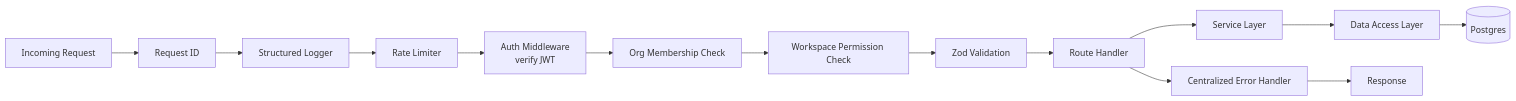
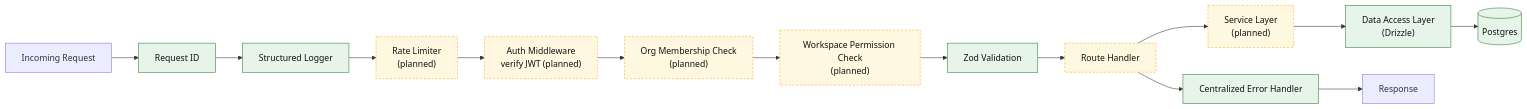
The sixth of 8 diagrams in docs/architecture/Atlas — Architecture Diagrams (MVP Scope).md (kkbaidu/AI-Powered-Knowledge-OS), drawn with Mermaid before and after one commit. The commit also changed other lines of this file, not shown here.

First line of the commit message:
docs: update ER and middleware diagrams to match the code

````diff
--- a/docs/architecture/Atlas — Architecture Diagrams (MVP Scope).md
+++ b/docs/architecture/Atlas — Architecture Diagrams (MVP Scope).md
@@ -197,16 +280,21 @@
 ```mermaid
 flowchart LR
     Req[Incoming Request] --> ReqId[Request ID]
     ReqId --> Log[Structured Logger]
-    Log --> RateLimit[Rate Limiter]
-    RateLimit --> AuthMW[Auth Middleware<br/>verify JWT]
-    AuthMW --> OrgMW[Org Membership Check]
-    OrgMW --> WsMW[Workspace Permission Check]
+    Log --> RateLimit["Rate Limiter<br/>(planned)"]
+    RateLimit --> AuthMW["Auth Middleware<br/>verify JWT (planned)"]
+    AuthMW --> OrgMW["Org Membership Check<br/>(planned)"]
+    OrgMW --> WsMW["Workspace Permission Check<br/>(planned)"]
     WsMW --> Validate[Zod Validation]
     Validate --> Controller[Route Handler]
-    Controller --> Service[Service Layer]
-    Service --> Repo[Data Access Layer]
+    Controller --> Service["Service Layer<br/>(planned)"]
+    Service --> Repo["Data Access Layer<br/>(Drizzle)"]
     Repo --> DB[(Postgres)]
     Controller --> ErrorHandler[Centralized Error Handler]
     ErrorHandler --> Res[Response]
+
+    classDef built fill:#e6f4ea,stroke:#2e7d32,color:#111;
+    classDef planned fill:#fff8e1,stroke:#f9a825,stroke-dasharray: 4 3,color:#111;
+    class ReqId,Log,Validate,ErrorHandler,Repo,DB built;
+    class RateLimit,AuthMW,OrgMW,WsMW,Service,Controller planned;
 ```
````
